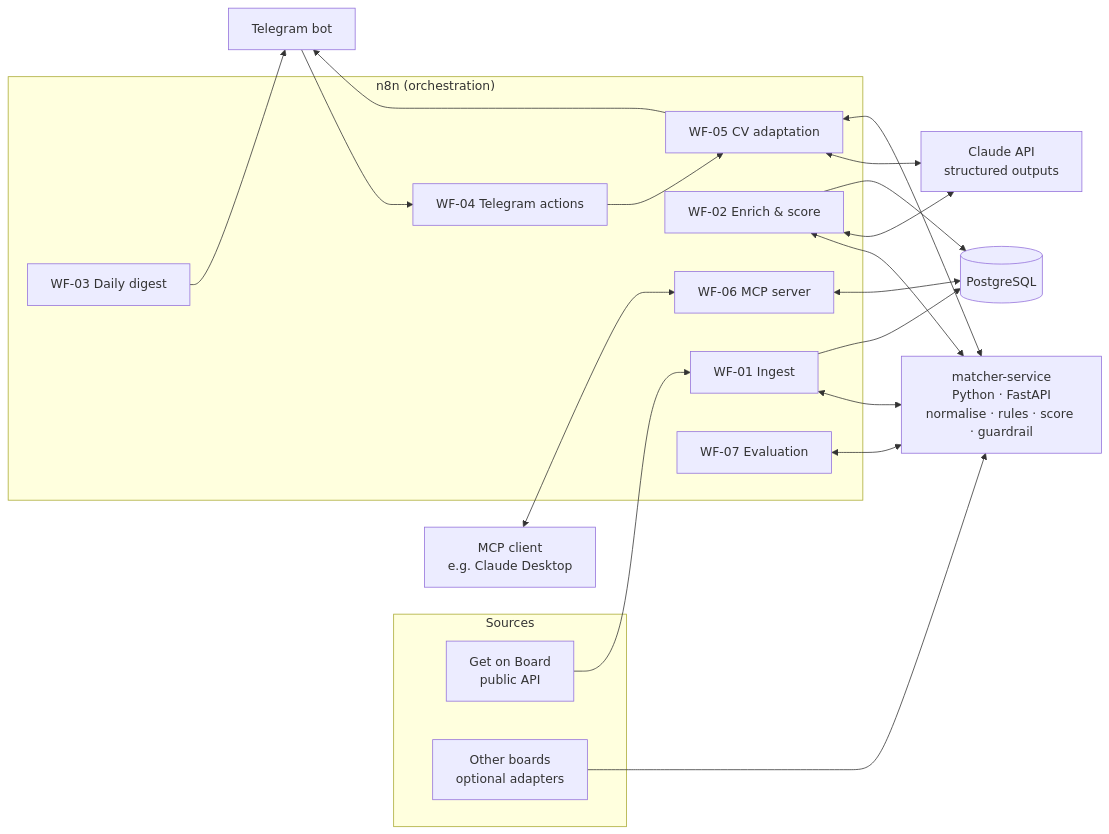
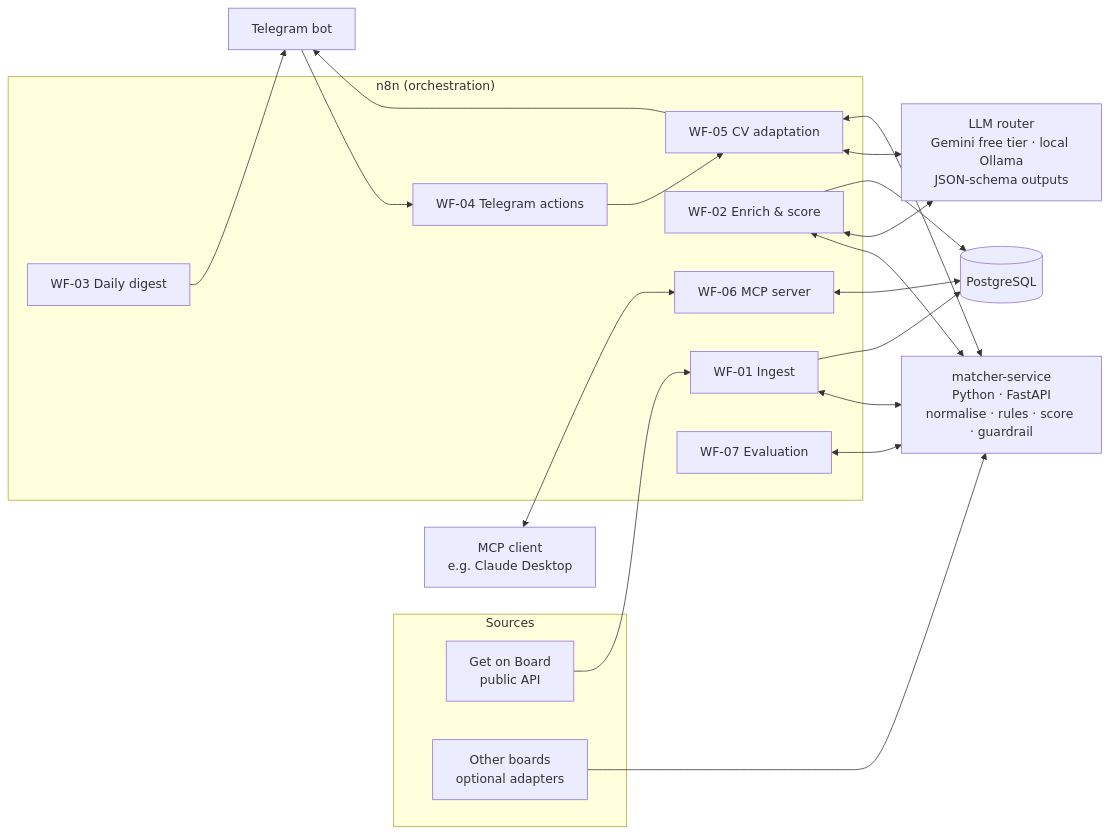
The diagram in README.md (iramosv2000/n8n-job-matching-agent), drawn with Mermaid before and after one commit. The commit also changed other lines of this file and 8 other files, not shown here.

````diff
--- a/README.md
+++ b/README.md
@@ -44,38 +45,38 @@
 ```mermaid
 flowchart LR
     subgraph Sources
         GOB[Get on Board<br/>public API]
         OTH[Other boards<br/>optional adapters]
     end
     subgraph n8n["n8n (orchestration)"]
         WF1[WF-01 Ingest]
         WF2[WF-02 Enrich & score]
         WF3[WF-03 Daily digest]
         WF4[WF-04 Telegram actions]
         WF5[WF-05 CV adaptation]
         WF6[WF-06 MCP server]
         WF7[WF-07 Evaluation]
     end
     SVC[matcher-service<br/>Python · FastAPI<br/>normalise · rules · score · guardrail]
     DB[(PostgreSQL)]
-    LLM[Claude API<br/>structured outputs]
+    LLM[LLM router<br/>Gemini free tier · local Ollama<br/>JSON-schema outputs]
     TG[Telegram bot]
     MCPC[MCP client<br/>e.g. Claude Desktop]
 
     GOB --> WF1
     OTH --> SVC
     WF1 <--> SVC
     WF1 --> DB
     WF2 <--> SVC
     WF2 <--> LLM
     WF2 --> DB
     WF3 --> TG
     TG --> WF4
     WF4 --> WF5
     WF5 <--> LLM
     WF5 <--> SVC
     WF5 --> TG
     WF6 <--> DB
     MCPC <--> WF6
     WF7 <--> SVC
 ```
````
